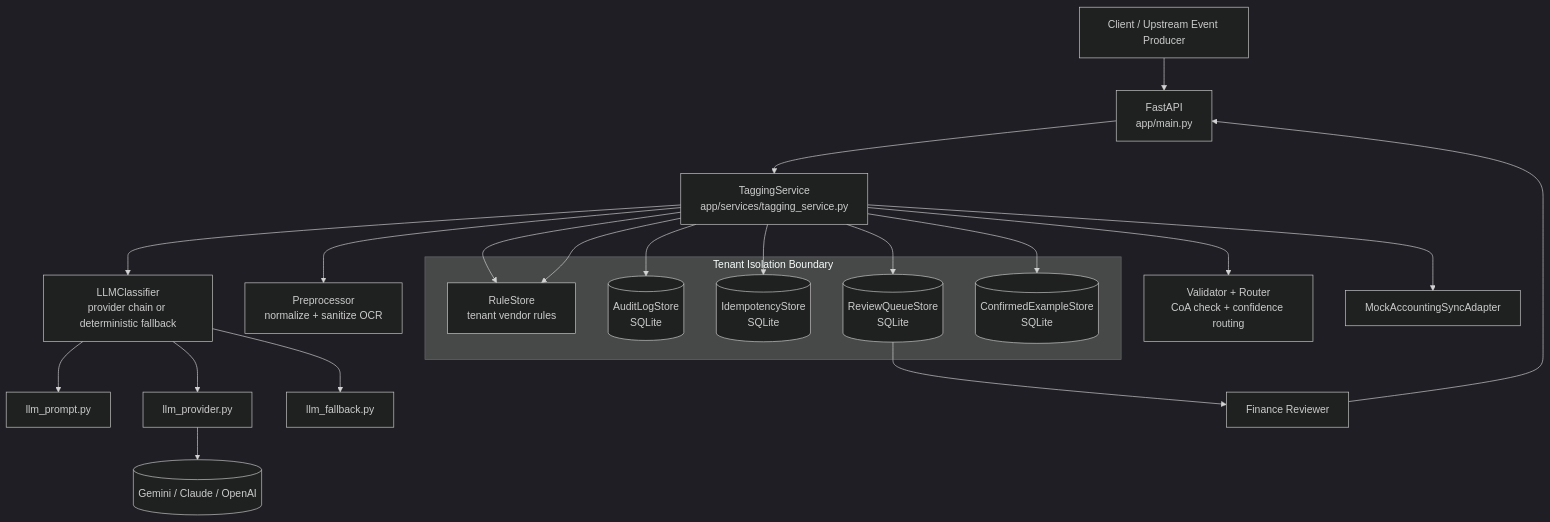
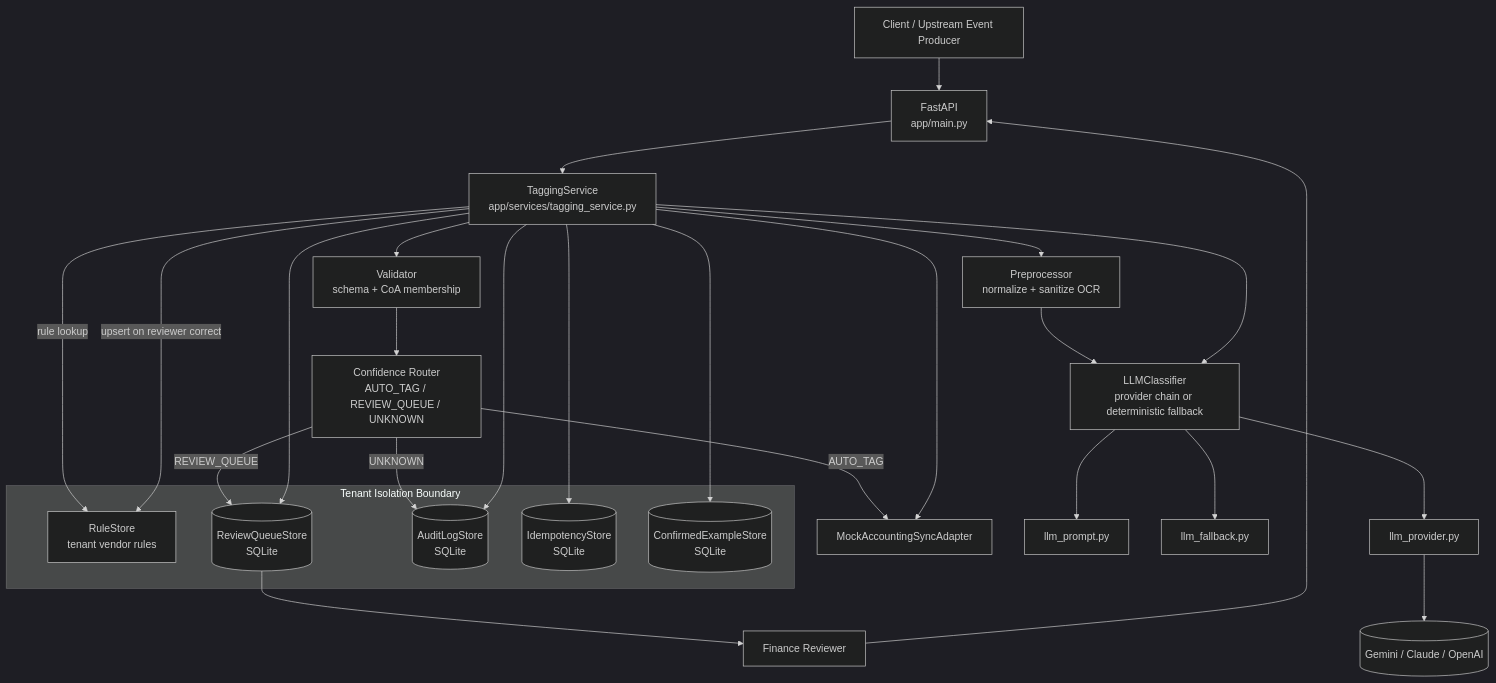
Before and after one commit to tamil2223/auto-tagging-agent: the first of 4 diagrams in ARCHITECTURE.md, drawn with Mermaid (dark theme). The commit also changed other lines of this file and 2 other files, not shown here.

Commit message:
docs(architecture): align MVP diagrams and add production target flows

````diff
--- a/ARCHITECTURE.md
+++ b/ARCHITECTURE.md
@@ -32,34 +32,39 @@
 ```mermaid
 flowchart TD
     Client[Client / Upstream Event Producer] --> API[FastAPI<br/>app/main.py]
     API --> Service[TaggingService<br/>app/services/tagging_service.py]
 
     Service --> Pre[Preprocessor<br/>normalize + sanitize OCR]
-    Service --> Rule[RuleStore<br/>tenant vendor rules]
+    Pre --> LLM
+    Service -->|rule lookup| Rule[RuleStore<br/>tenant vendor rules]
     Service --> LLM[LLMClassifier<br/>provider chain or deterministic fallback]
-    Service --> Val[Validator + Router<br/>CoA check + confidence routing]
+    Service --> Val[Validator<br/>schema + CoA membership]
+    Val --> Router[Confidence Router<br/>AUTO_TAG / REVIEW_QUEUE / UNKNOWN]
+    Router -->|AUTO_TAG| Sync[MockAccountingSyncAdapter]
+    Router -->|REVIEW_QUEUE| Review[(ReviewQueueStore<br/>SQLite)]
+    Router -->|UNKNOWN| Audit[(AuditLogStore<br/>SQLite)]
 
     LLM --> Prompt[llm_prompt.py]
     LLM --> Provider[llm_provider.py]
     LLM --> Fallback[llm_fallback.py]
 
     Provider --> ExtLLM[(Gemini / Claude / OpenAI)]
 
-    Service --> Audit[(AuditLogStore<br/>SQLite)]
     Service --> Idem[(IdempotencyStore<br/>SQLite)]
-    Service --> Review[(ReviewQueueStore<br/>SQLite)]
     Service --> Examples[(ConfirmedExampleStore<br/>SQLite)]
-    Service --> Sync[MockAccountingSyncAdapter]
+    Service --> Audit
+    Service --> Review
+    Service --> Sync
 
     Review --> Reviewer[Finance Reviewer]
     Reviewer --> API
-    Service --> Rule
+    Service -->|upsert on reviewer correct| Rule
 
     subgraph TenantScope[Tenant Isolation Boundary]
       Rule
       Review
       Examples
       Audit
       Idem
     end
 ```
````
